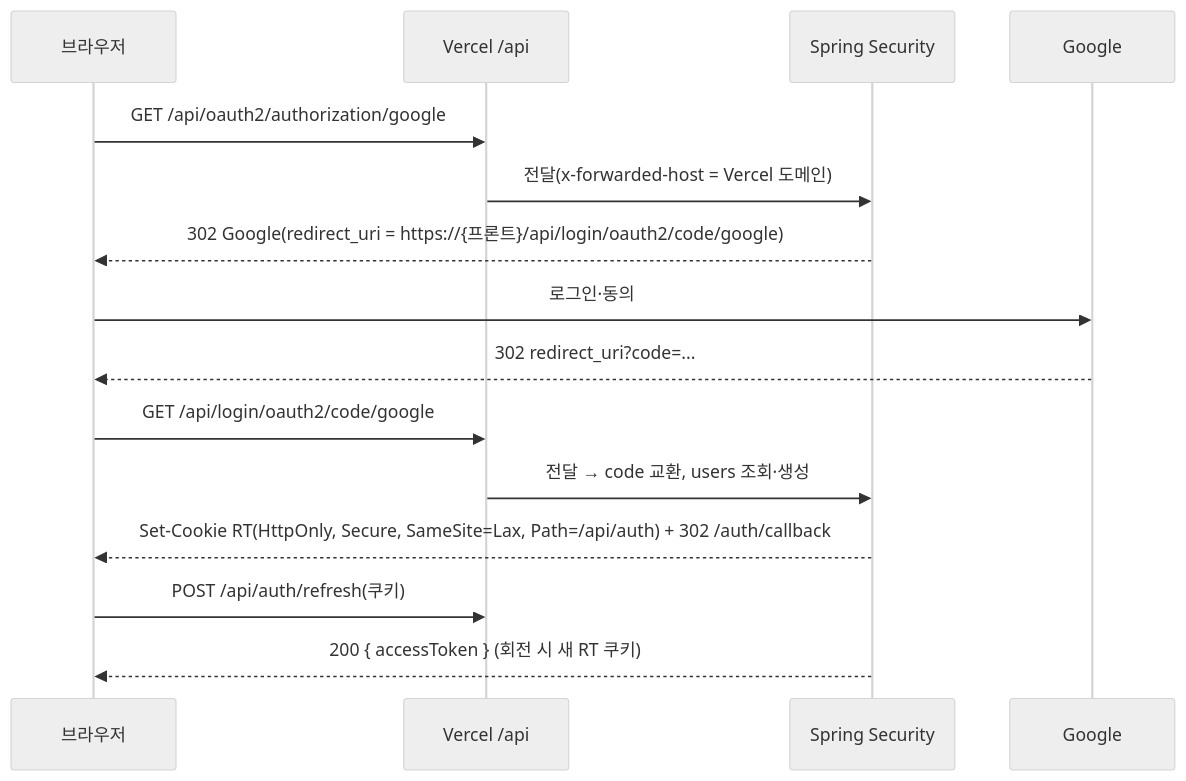
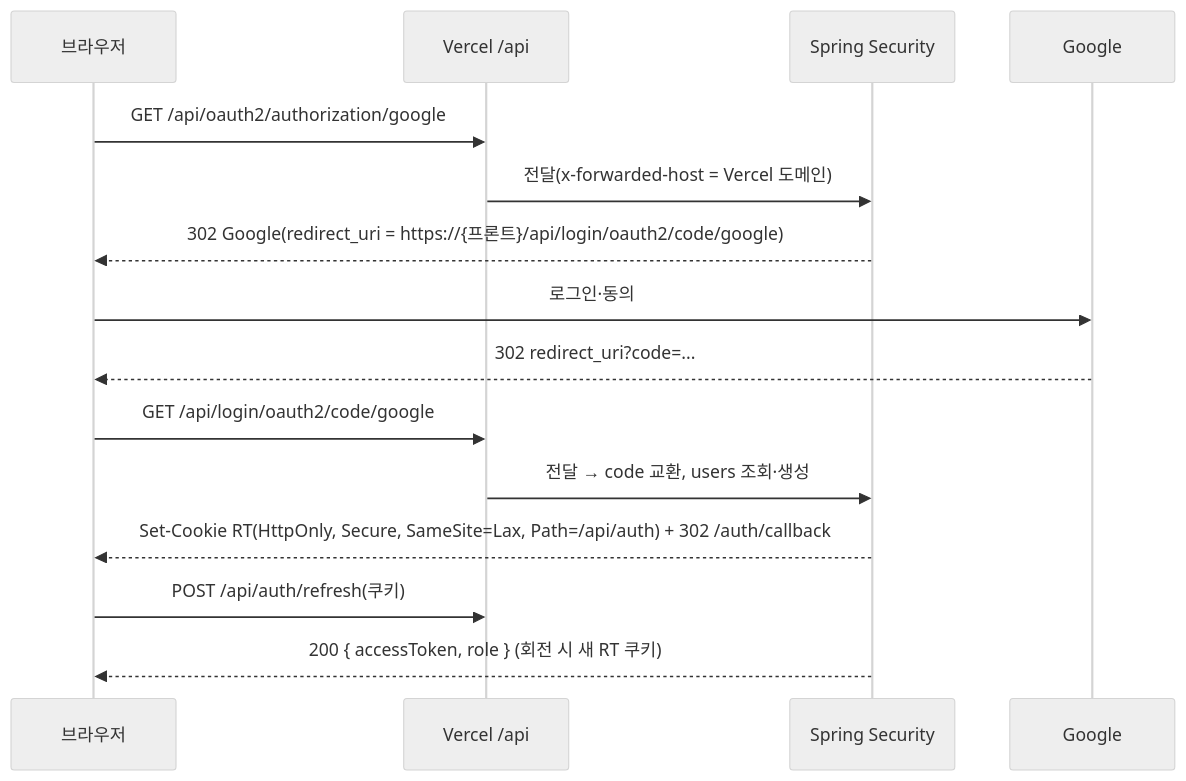
The second of 2 diagrams in docs/TECH.md (msw-Hub/ottnavi), drawn with Mermaid (neutral theme) before and after one commit. The commit also changed other lines of this file and 56 other files, not shown here.

````diff
--- a/docs/TECH.md
+++ b/docs/TECH.md
@@ -122,17 +122,17 @@
 ```mermaid
 sequenceDiagram
   participant B as 브라우저
   participant V as Vercel /api
   participant S as Spring Security
   participant G as Google
   B->>V: GET /api/oauth2/authorization/google
   V->>S: 전달(x-forwarded-host = Vercel 도메인)
   S-->>B: 302 Google(redirect_uri = https://{프론트}/api/login/oauth2/code/google)
   B->>G: 로그인·동의
   G-->>B: 302 redirect_uri?code=...
   B->>V: GET /api/login/oauth2/code/google
   V->>S: 전달 → code 교환, users 조회·생성
   S-->>B: Set-Cookie RT(HttpOnly, Secure, SameSite=Lax, Path=/api/auth) + 302 /auth/callback
   B->>V: POST /api/auth/refresh(쿠키)
-  S-->>B: 200 { accessToken } (회전 시 새 RT 쿠키)
+  S-->>B: 200 { accessToken, role } (회전 시 새 RT 쿠키)
 ```
````
